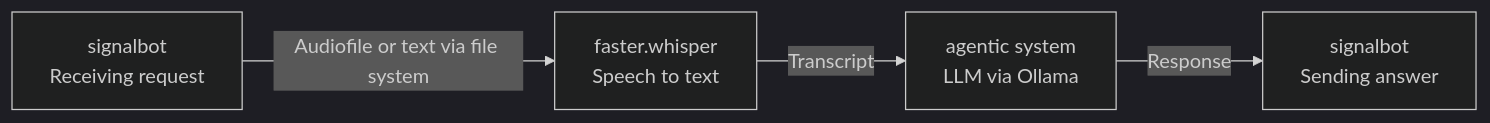
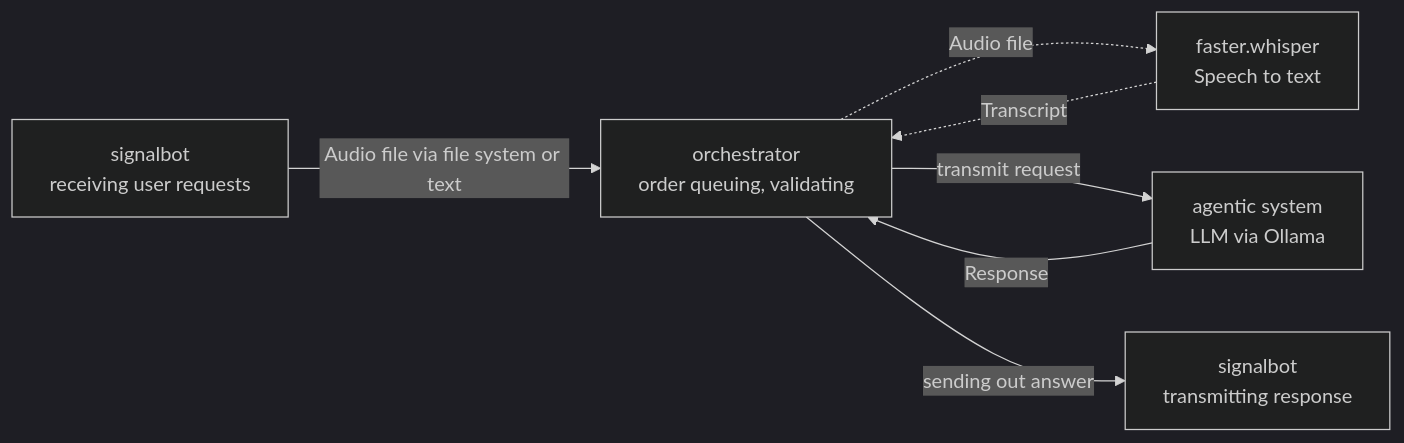
Before and after one commit to corbeau-coder/tinker_ki_starter: the second of 4 diagrams in ARCHITECTURE.md, drawn with Mermaid (dark theme). The commit also changed 4 other files, not shown here.

Commit message:
further work on architectural details and decisions

````diff
--- a/ARCHITECTURE.md
+++ b/ARCHITECTURE.md
@@ -24,15 +24,20 @@
 ```mermaid
 graph LR
     A["signalbot
-    Receiving request"]
+    receiving user requests"]
     B["faster.whisper
     Speech to text"]
-    C[agentic system
-    LLM via Ollama]
-    D[signalbot
-    Sending answer]
-    
-    A -->|Audiofile or text via file system| B
-    B -->|Transcript| C
+    C["agentic system
+    LLM via Ollama"]
+    D["orchestrator
+    order queuing, validating"] 
+    E["signalbot
+    transmitting response"]
+        
+    A -->|Audio file via file system or text| D
+    D -.->|Audio file| B
+    B -.->|Transcript| D
+    D -->|transmit request| C
     C -->|Response| D
+    D -->|sending out answer| E
 ```
````
